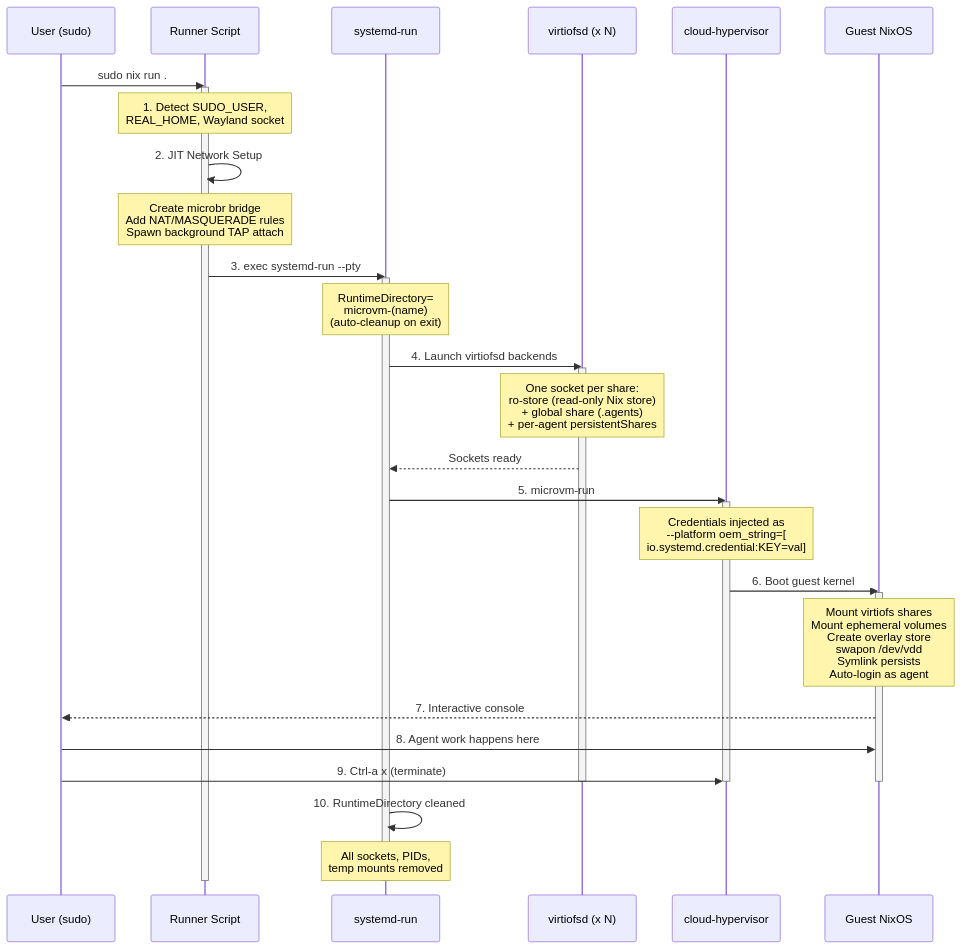
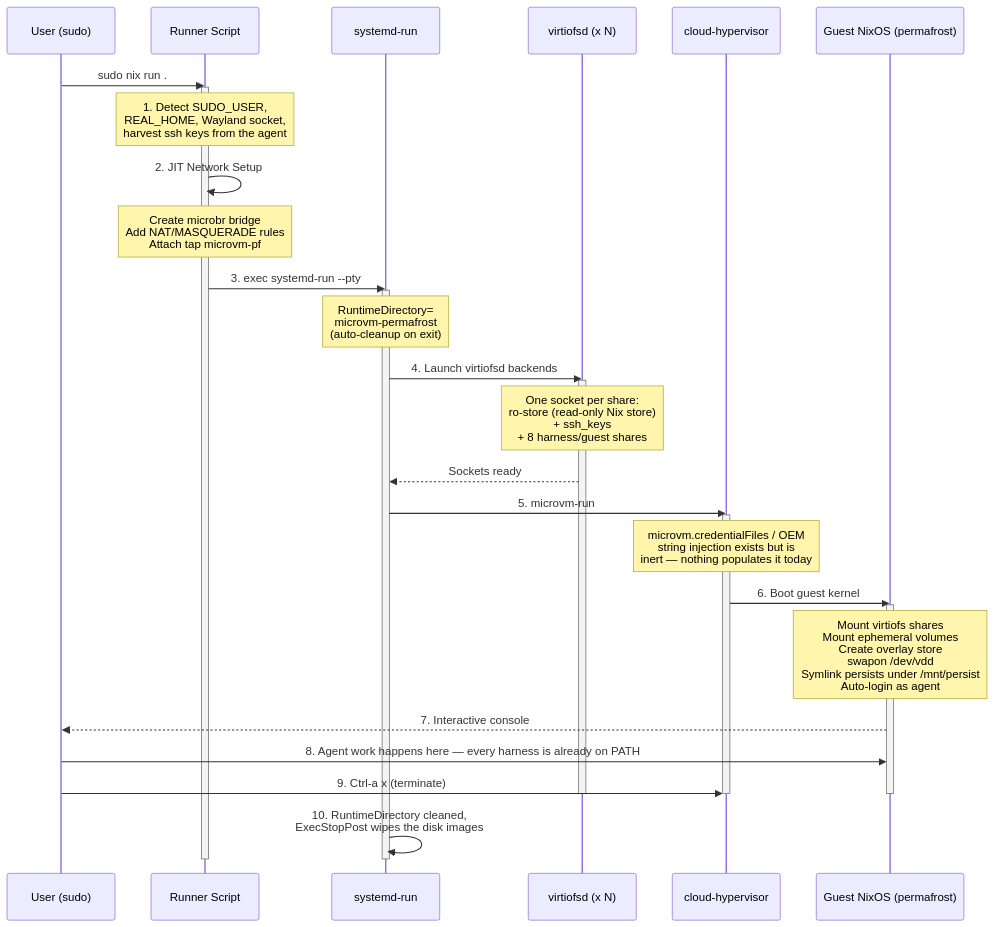
The fourth of 6 diagrams in README.md (tenarches/nix-permafrost), drawn with Mermaid before and after one commit. The commit also changed other lines of this file, not shown here.

First line of the commit message:
docs: rewrite README for the single permafrost guest

````diff
--- a/README.md
+++ b/README.md
@@ -165,49 +177,48 @@
 ```mermaid
 sequenceDiagram
     participant U as User (sudo)
     participant R as Runner Script
     participant SD as systemd-run
     participant VFS as virtiofsd (x N)
     participant CHV as cloud-hypervisor
-    participant G as Guest NixOS
+    participant G as Guest NixOS (permafrost)
 
-    U->>R: sudo nix run .#claude
+    U->>R: sudo nix run .#permafrost
     activate R
 
-    Note over R: 1. Detect SUDO_USER,<br/>REAL_HOME, Wayland socket
+    Note over R: 1. Detect SUDO_USER,<br/>REAL_HOME, Wayland socket,<br/>harvest ssh keys from the agent
 
     R->>R: 2. JIT Network Setup
-    Note over R: Create microbr bridge<br/>Add NAT/MASQUERADE rules<br/>Spawn background TAP attach
+    Note over R: Create microbr bridge<br/>Add NAT/MASQUERADE rules<br/>Attach tap microvm-pf
 
     R->>SD: 3. exec systemd-run --pty
     activate SD
-    Note over SD: RuntimeDirectory=<br/>microvm-(name)<br/>(auto-cleanup on exit)
+    Note over SD: RuntimeDirectory=<br/>microvm-permafrost<br/>(auto-cleanup on exit)
 
     SD->>VFS: 4. Launch virtiofsd backends
     activate VFS
-    Note over VFS: One socket per share:<br/>ro-store (read-only Nix store)<br/>+ global share (.agents)<br/>+ per-agent persistentShares
+    Note over VFS: One socket per share:<br/>ro-store (read-only Nix store)<br/>+ ssh_keys<br/>+ 8 harness/guest shares
 
     VFS-->>SD: Sockets ready
 
     SD->>CHV: 5. microvm-run
     activate CHV
-    Note over CHV: Credentials injected as<br/>--platform oem_string=[<br/>io.systemd.credential:KEY=val]
+    Note over CHV: microvm.credentialFiles / OEM<br/>string injection exists but is<br/>inert — nothing populates it today
 
     CHV->>G: 6. Boot guest kernel
     activate G
-    Note over G: Mount virtiofs shares<br/>Mount ephemeral volumes<br/>Create overlay store<br/>swapon /dev/vdd<br/>Symlink persists<br/>Auto-login as agent
+    Note over G: Mount virtiofs shares<br/>Mount ephemeral volumes<br/>Create overlay store<br/>swapon /dev/vdd<br/>Symlink persists under /mnt/persist<br/>Auto-login as agent
 
     G-->>U: 7. Interactive console
 
-    U->>G: 8. Agent work happens here
+    U->>G: 8. Agent work happens here — every harness is already on PATH
 
     U->>CHV: 9. Ctrl-a x (terminate)
     deactivate G
     deactivate CHV
     deactivate VFS
 
-    SD->>SD: 10. RuntimeDirectory cleaned
-    Note over SD: All sockets, PIDs,<br/>temp mounts removed
+    SD->>SD: 10. RuntimeDirectory cleaned,<br/>ExecStopPost wipes the disk images
     deactivate SD
     deactivate R
 ```
````
